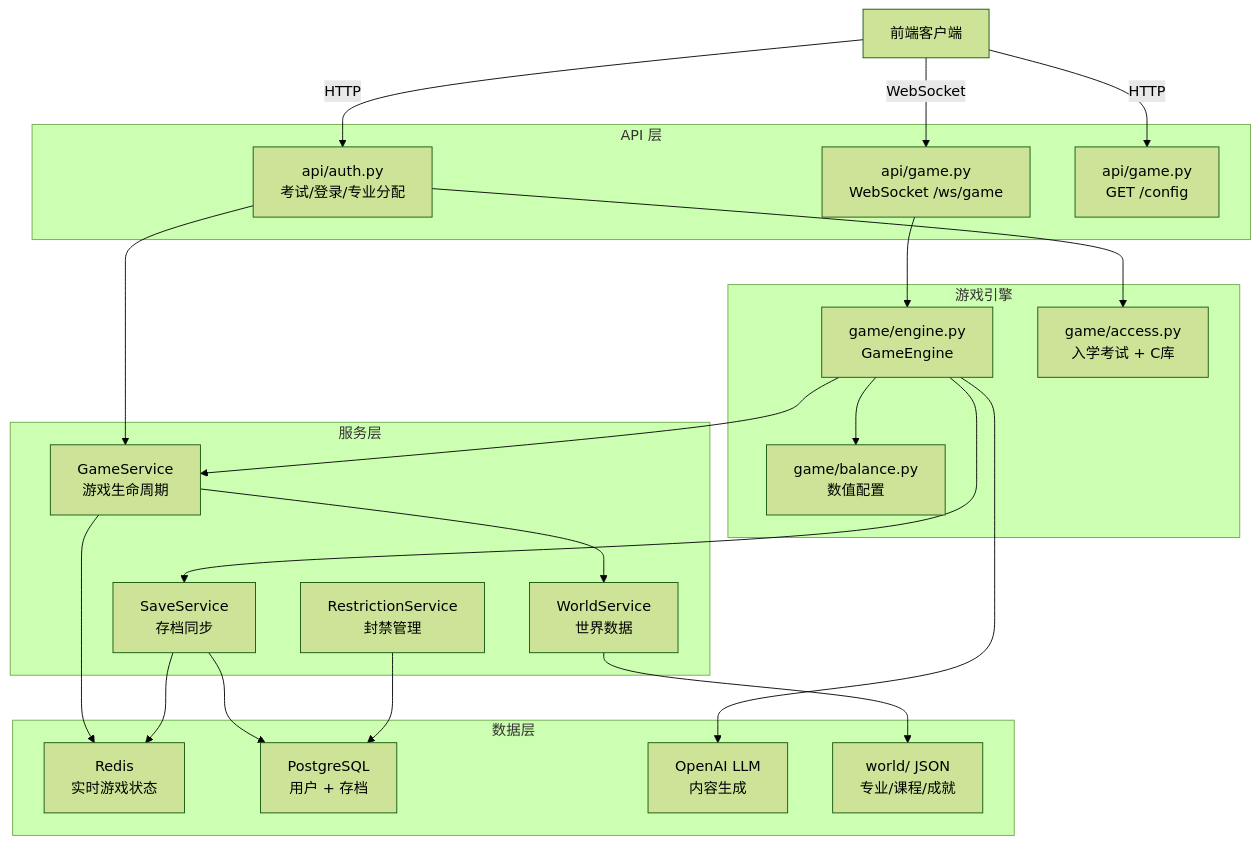
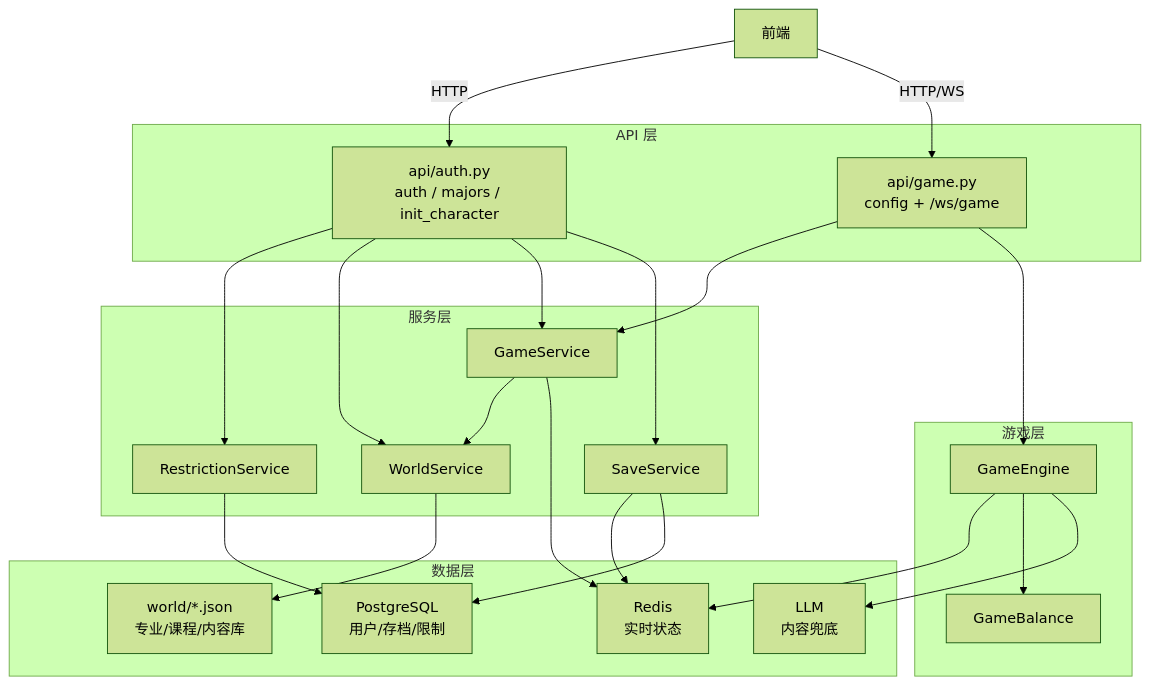
Before and after one commit to pirate-608/ZJUers_simulator: the first of 2 diagrams in docs/dev/framework/backend_framework.md, drawn with Mermaid (forest theme). The commit also changed other lines of this file and 39 other files, not shown here.

````diff
--- a/docs/dev/framework/backend_framework.md
+++ b/docs/dev/framework/backend_framework.md
@@ -89,47 +49,46 @@
 ```mermaid
 graph TD
-    Client["前端客户端"]
-    
+    Client["前端"]
+
     subgraph "API 层"
-        Auth["api/auth.py<br/>考试/登录/专业分配"]
-        WS["api/game.py<br/>WebSocket /ws/game"]
-        Config["api/game.py<br/>GET /config"]
+        Auth["api/auth.py<br>auth / majors / init_character"]
+        GameAPI["api/game.py<br>config + /ws/game"]
     end
-    
-    subgraph "游戏引擎"
-        Engine["game/engine.py<br/>GameEngine"]
-        Balance["game/balance.py<br/>数值配置"]
-        Access["game/access.py<br/>入学考试 + C库"]
+
+    subgraph "服务层"
+        GameService["GameService"]
+        SaveService["SaveService"]
+        WorldService["WorldService"]
+        RestrictionService["RestrictionService"]
     end
-    
-    subgraph "服务层"
-        GS["GameService<br/>游戏生命周期"]
-        SS["SaveService<br/>存档同步"]
-        WS2["WorldService<br/>世界数据"]
-        RS["RestrictionService<br/>封禁管理"]
+
+    subgraph "游戏层"
+        Engine["GameEngine"]
+        Balance["GameBalance"]
     end
-    
+
     subgraph "数据层"
-        Redis["Redis<br/>实时游戏状态"]
-        PG["PostgreSQL<br/>用户 + 存档"]
-        LLM["OpenAI LLM<br/>内容生成"]
-        World["world/ JSON<br/>专业/课程/成就"]
+        Redis["Redis<br>实时状态"]
+        PG["PostgreSQL<br>用户/存档/限制"]
+        World["world/*.json<br>专业/课程/内容库"]
+        LLM["LLM<br>内容兜底"]
     end
-    
+
     Client -->|HTTP| Auth
-    Client -->|WebSocket| WS
-    Client -->|HTTP| Config
-    Auth --> Access
-    Auth --> GS
-    WS --> Engine
-    Engine --> GS
-    Engine --> SS
+    Client -->|HTTP/WS| GameAPI
+    Auth --> RestrictionService
+    Auth --> WorldService
+    Auth --> GameService
+    Auth --> SaveService
+    GameAPI --> GameService
+    GameAPI --> Engine
+    GameService --> WorldService
+    GameService --> Redis
+    SaveService --> Redis
+    SaveService --> PG
+    RestrictionService --> PG
+    WorldService --> World
+    Engine --> Redis
+    Engine --> Balance
     Engine --> LLM
-    Engine --> Balance
-    GS --> WS2
-    GS --> Redis
-    SS --> Redis
-    SS --> PG
-    WS2 --> World
-    RS --> PG
 ```
````
